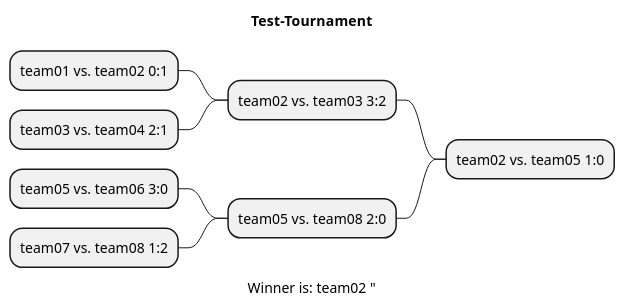
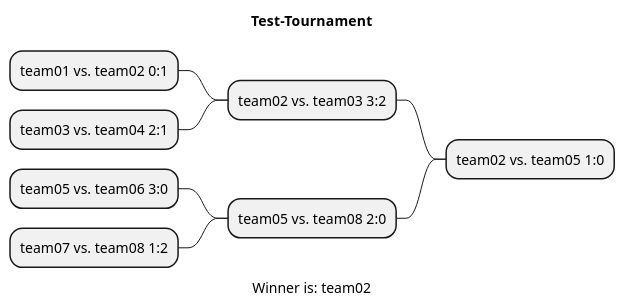
The diagram in asciidocs/plantuml/Result.puml (htl-leonding-project/2022-4ahif-autohaus), drawn with PlantUML before and after one commit. The commit also changed 2 other files, not shown here.

Commit message:
#20 fixed displaying of winning team name

```diff
--- a/asciidocs/plantuml/Result.puml
+++ b/asciidocs/plantuml/Result.puml
@@ -1,18 +1,18 @@
 @startmindmap Test-Tournament.png
 title Test-Tournament
 
 - team02 vs. team05 1:0
 
 -- team02 vs. team03 3:2
 
 --- team01 vs. team02 0:1
 
 --- team03 vs. team04 2:1
 
 -- team05 vs. team08 2:0
 
 --- team05 vs. team06 3:0
 
 --- team07 vs. team08 1:2
-caption Winner is: team02 "
+caption Winner is: team02
 @endmindmap
```
